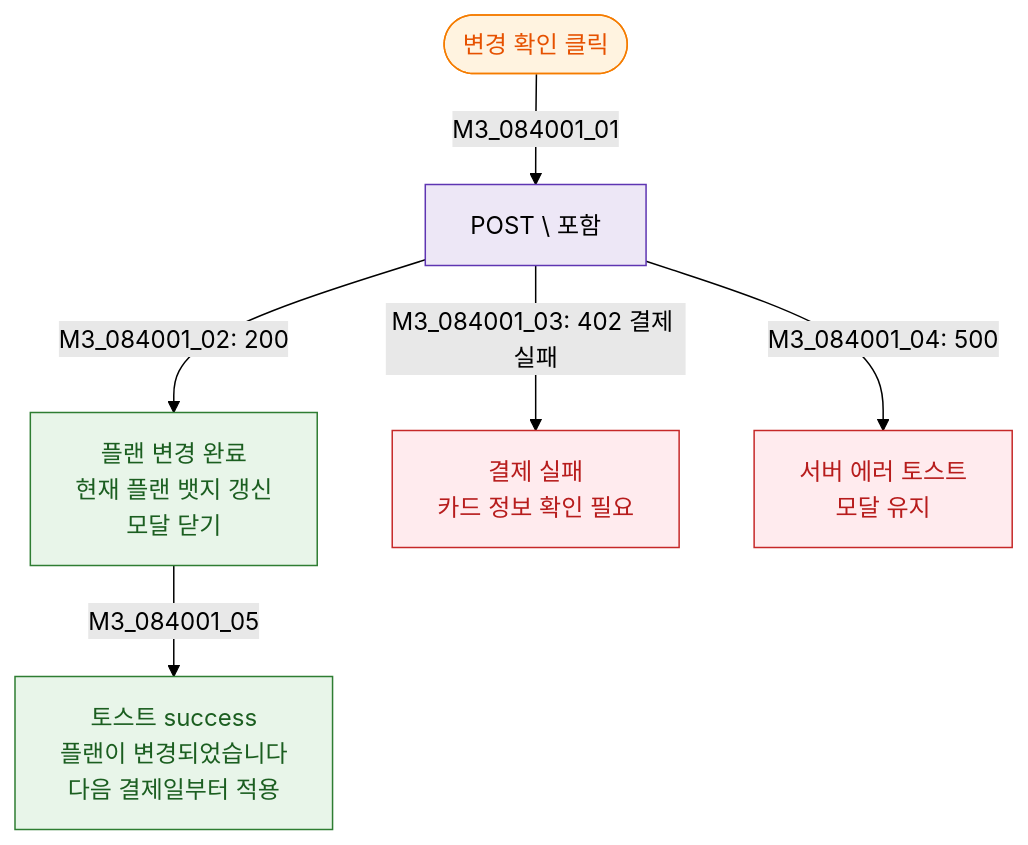
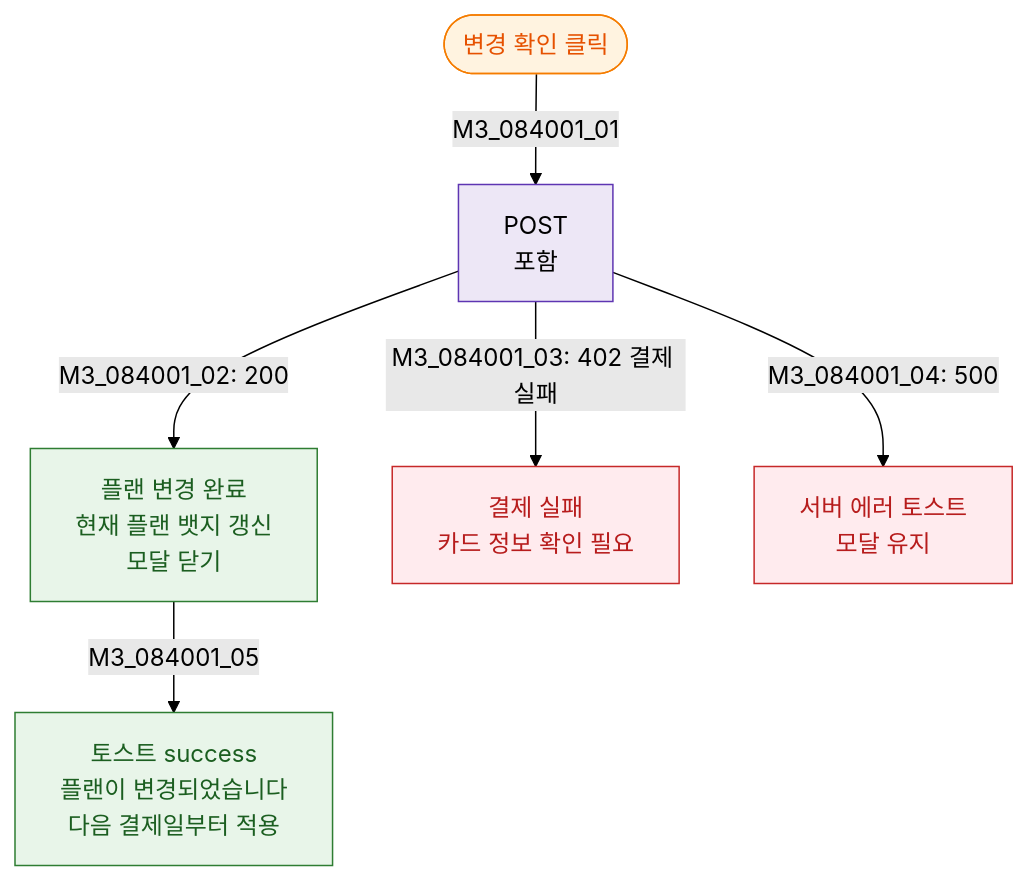
Before and after one commit to dev-spogym/admin-pando: the diagram in docs/admin/다이어그램/D09_설정관리/DLG/DLG-084-001_플랜변경확인/M3_결과분기.md, drawn with Mermaid (forest theme). The commit also changed 369 other files, not shown here.

````diff
--- a/docs/admin/다이어그램/D09_설정관리/DLG/DLG-084-001_플랜변경확인/M3_결과분기.md
+++ b/docs/admin/다이어그램/D09_설정관리/DLG/DLG-084-001_플랜변경확인/M3_결과분기.md
@@ -12,18 +12,18 @@
 ```mermaid
 flowchart TD
-    Action([변경 확인 클릭]) -->|M3_084001_01|ACT_Change[POST \ 포함]
+    Action([변경 확인 클릭]) -->|M3_084001_01|ACT_Change[POST <br/> 포함]
     ACT_Change -->|"M3_084001_02: 200"|PlanChanged[플랜 변경 완료\n현재 플랜 뱃지 갱신\n모달 닫기]
     ACT_Change -->|"M3_084001_03: 402 결제 실패"|E_Payment[결제 실패\n카드 정보 확인 필요]
     ACT_Change -->|"M3_084001_04: 500"|E_Server[서버 에러 토스트\n모달 유지]
 
     PlanChanged -->|M3_084001_05|T_PlanOK[토스트 success\n플랜이 변경되었습니다\n다음 결제일부터 적용]
 
     classDef modal fill:#FFF3E0,stroke:#F57C00,color:#E65100
     classDef success fill:#E8F5E9,stroke:#2E7D32,color:#1B5E20
     classDef error fill:#FFEBEE,stroke:#C62828,color:#B71C1C
     classDef system fill:#EDE7F6,stroke:#5E35B2
     class Action modal
     class PlanChanged,T_PlanOK success
     class E_Payment,E_Server error
     class ACT_Change system
 ```
````
